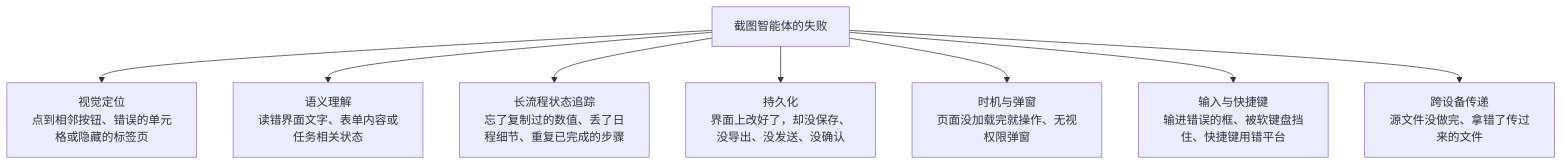
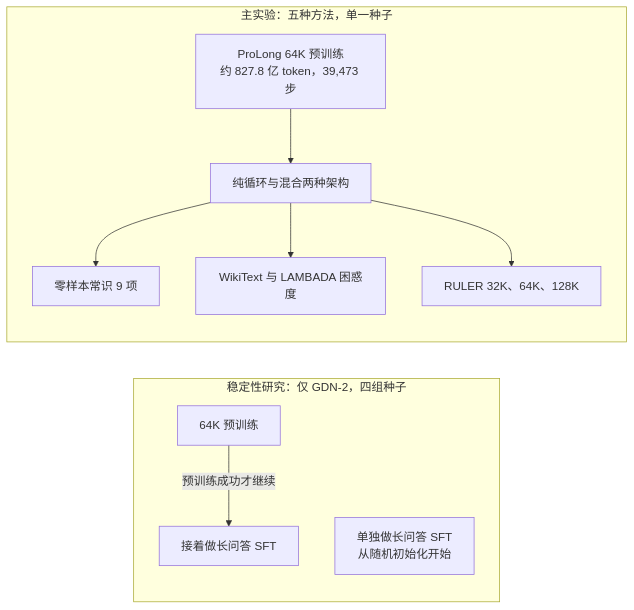
One commit to yingwang/paper-reads changed the fifth of 5 diagrams in docs/index.md. Above: the diagram before and after it, drawn with Mermaid. The commit also changed other lines of this file and 2 other files, not shown here.

````diff
--- a/docs/index.md
+++ b/docs/index.md
@@ -251,10 +319,13 @@
 ```mermaid
-flowchart TD
-    F["截图智能体的失败"] --> G["视觉定位<br/>点到相邻按钮、错误的单元格或隐藏的标签页"]
-    F --> S["语义理解<br/>读错界面文字、表单内容或任务相关状态"]
-    F --> T["长流程状态追踪<br/>忘了复制过的数值、丢了日程细节、重复已完成的步骤"]
-    F --> P["持久化<br/>界面上改好了，却没保存、没导出、没发送、没确认"]
-    F --> M["时机与弹窗<br/>页面没加载完就操作、无视权限弹窗"]
-    F --> I["输入与快捷键<br/>输进错误的框、被软键盘挡住、快捷键用错平台"]
-    F --> X["跨设备传递<br/>源文件没做完、拿错了传过来的文件"]
+flowchart LR
+    subgraph STAB["稳定性研究：仅 GDN-2，四组种子"]
+        P1["64K 预训练"] -->|"预训练成功才继续"| P2["接着做长问答 SFT"]
+        P3["单独做长问答 SFT<br/>从随机初始化开始"]
+    end
+    subgraph MAIN["主实验：五种方法，单一种子"]
+        M1["ProLong 64K 预训练<br/>约 827.8 亿 token，39,473 步"] --> M2["纯循环与混合两种架构"]
+        M2 --> M3["零样本常识 9 项"]
+        M2 --> M4["WikiText 与 LAMBADA 困惑度"]
+        M2 --> M5["RULER 32K、64K、128K"]
+    end
 ```
````
